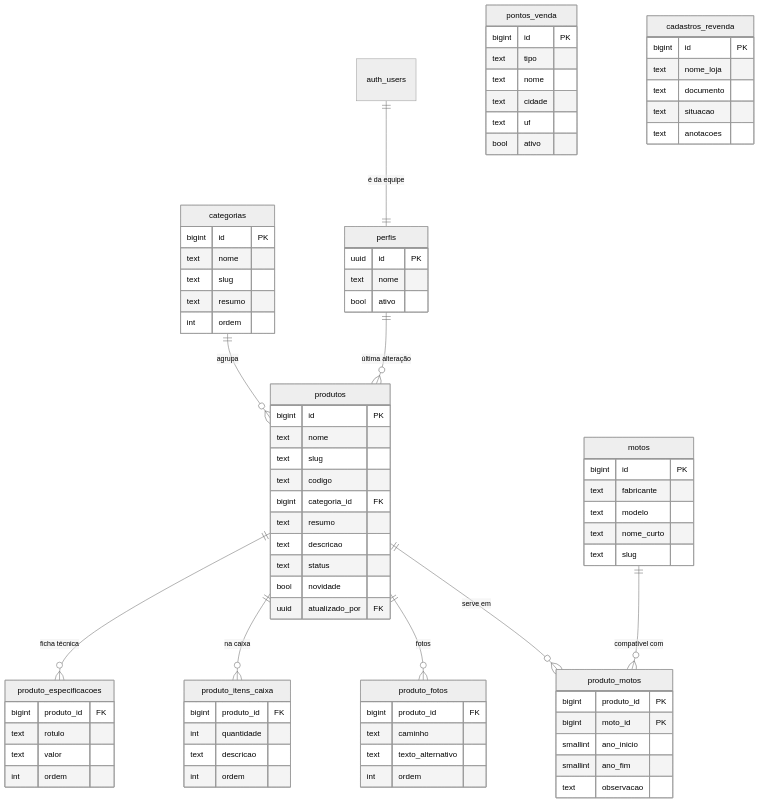
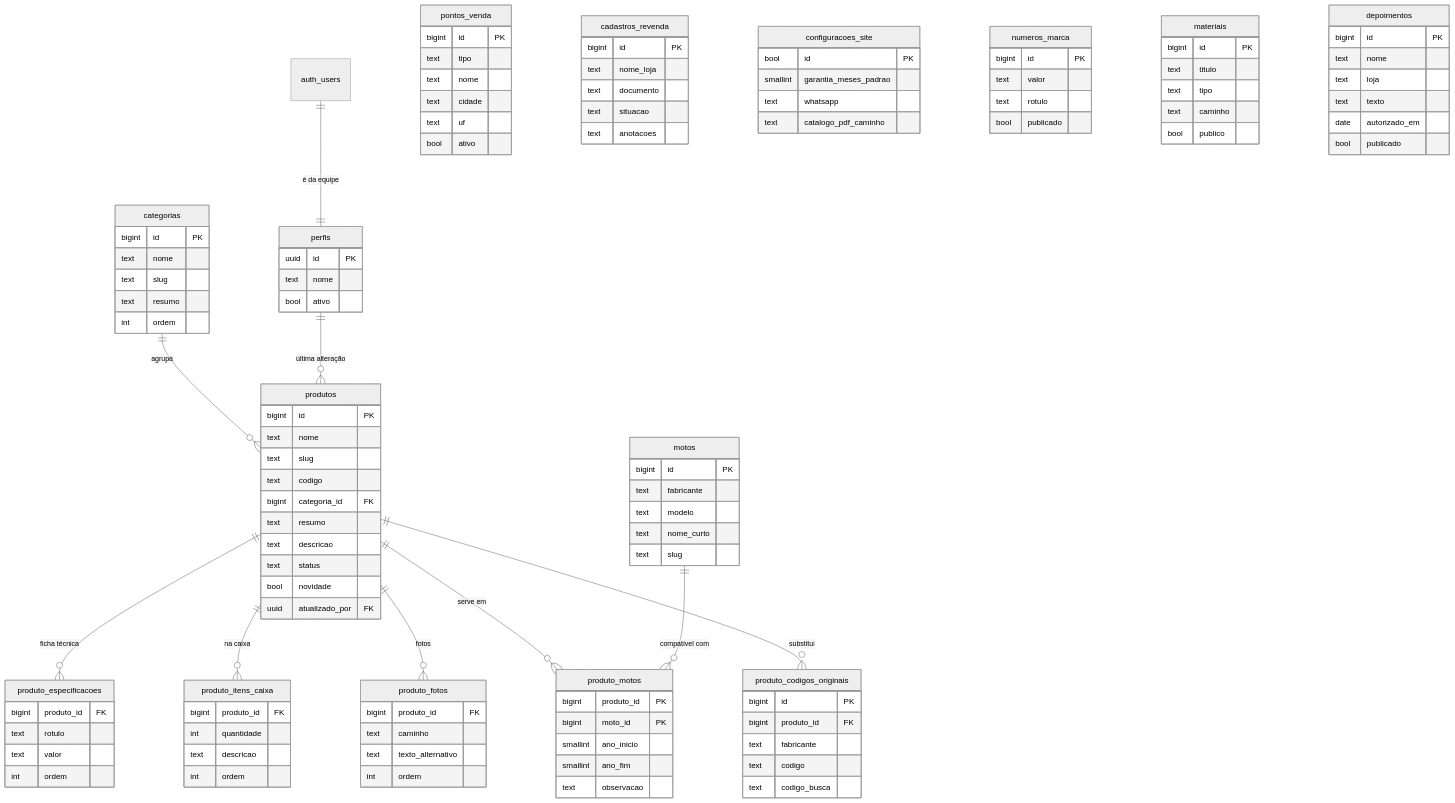
The diagram in docs/banco.md (joaovitor8/MotoKoi), drawn with Mermaid (neutral theme) before and after one commit. The commit also changed other lines of this file and 45 other files, not shown here.

````diff
--- a/docs/banco.md
+++ b/docs/banco.md
@@ -20,6 +22,7 @@
   produtos ||--o{ produto_itens_caixa : "na caixa"
   produtos ||--o{ produto_fotos : "fotos"
   produtos ||--o{ produto_motos : "serve em"
+  produtos ||--o{ produto_codigos_originais : "substitui"
   motos ||--o{ produto_motos : "compatível com"
   perfis ||--o{ produtos : "última alteração"
   auth_users ||--|| perfis : "é da equipe"
@@ -75,4 +78,28 @@
     text documento
     text situacao
     text anotacoes }
+  produto_codigos_originais { bigint id PK
+    bigint produto_id FK
+    text fabricante
+    text codigo
+    text codigo_busca }
+  configuracoes_site { bool id PK
+    smallint garantia_meses_padrao
+    text whatsapp
+    text catalogo_pdf_caminho }
+  numeros_marca { bigint id PK
+    text valor
+    text rotulo
+    bool publicado }
+  materiais { bigint id PK
+    text titulo
+    text tipo
+    text caminho
+    bool publico }
+  depoimentos { bigint id PK
+    text nome
+    text loja
+    text texto
+    date autorizado_em
+    bool publicado }
 ```
````
